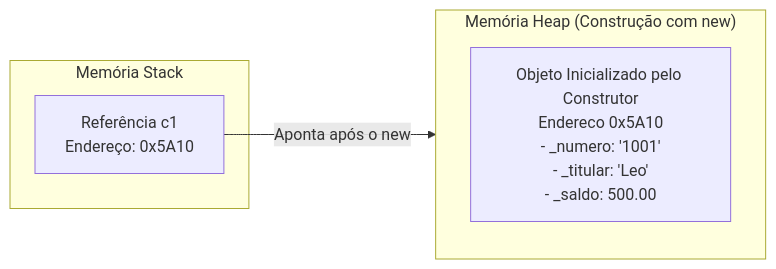
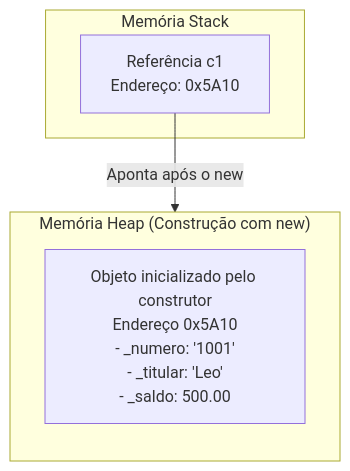
The second of 8 diagrams in 01. Programacao Modular/08. Construtores (inicialização, sobrecarga e garantia de invariantes).md (leorruas/puc), drawn with Mermaid before and after one commit. The commit also changed other lines of this file and 7 other files, not shown here.

Commit message:
refactor(mermaid): padroniza engine do app com curve linear para linhas retas, atualiza Regra 9 do AGENTS.md e refatora todos os diagramas LR para TD vertical em todo o vault

````diff
--- a/01. Programacao Modular/08. Construtores (inicialização, sobrecarga e garantia de invariantes).md
+++ b/01. Programacao Modular/08. Construtores (inicialização, sobrecarga e garantia de invariantes).md
@@ -55,13 +55,13 @@
 ```mermaid
-flowchart LR
+flowchart TD
     subgraph Stack ["Memória Stack"]
         Ref["Referência c1<br>Endereço: 0x5A10"]
     end
 
     subgraph Heap ["Memória Heap (Construção com new)"]
         direction TB
-        Obj["Objeto Inicializado pelo Construtor<br>Endereco 0x5A10<br>- _numero: '1001'<br>- _titular: 'Leo'<br>- _saldo: 500.00"]
+        Obj["Objeto inicializado pelo construtor<br>Endereço 0x5A10<br>- _numero: '1001'<br>- _titular: 'Leo'<br>- _saldo: 500.00"]
     end
 
     Ref -->|Aponta após o new| Obj
 ```
````
